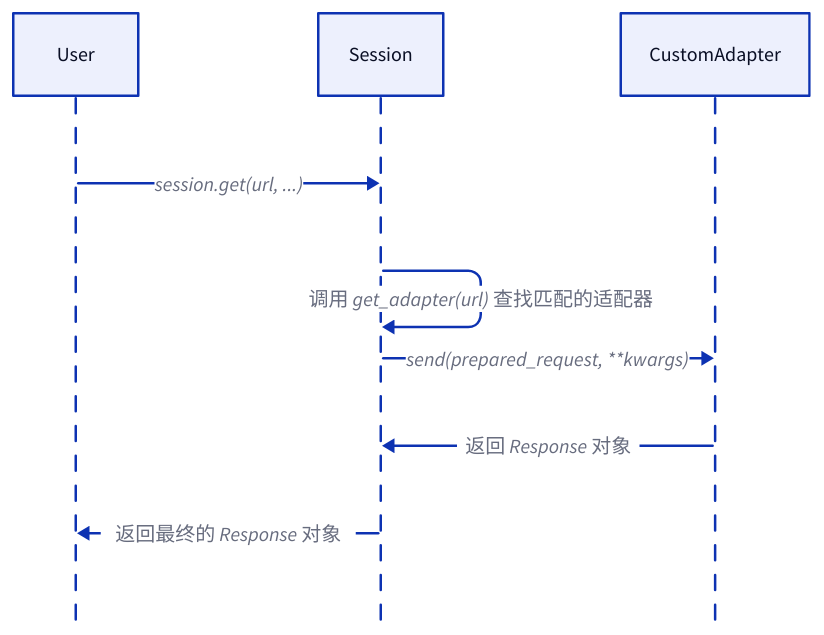
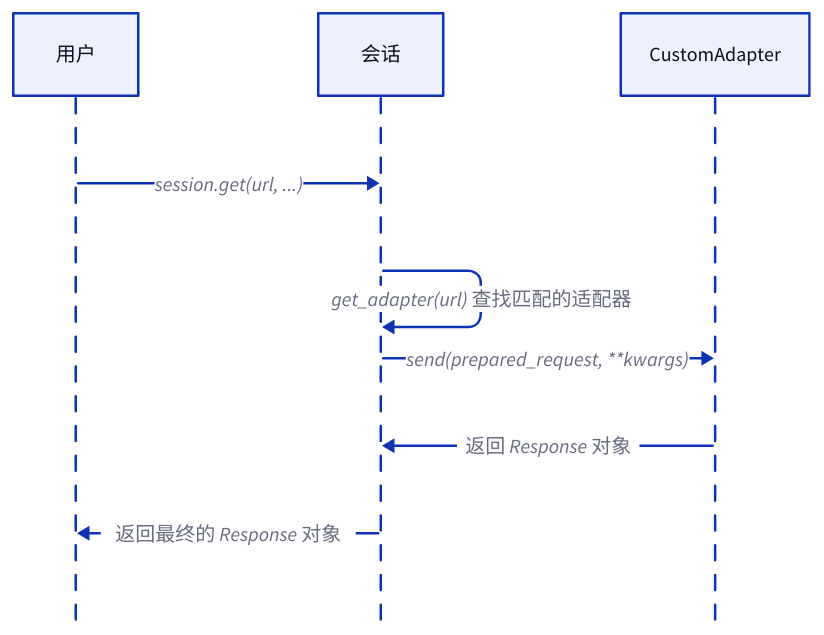
One commit to lban2049/requests changed the first of 2 diagrams in .aigne/doc-smith/docs/advanced-usage-adapters-and-hooks.zh.md. Above: the diagram before and after it, drawn with D2. The commit also changed other lines of this file and 31 other files, not shown here.

````diff
--- a/.aigne/doc-smith/docs/advanced-usage-adapters-and-hooks.zh.md
+++ b/.aigne/doc-smith/docs/advanced-usage-adapters-and-hooks.zh.md
@@ -84,13 +84,13 @@
 ```d2
 shape: sequence_diagram
 
-User
-Session
-Adapter: CustomAdapter
+用户
+会话
+适配器: CustomAdapter
 
-User -> Session: "session.get(url, ...)"
-Session -> Session: "调用 get_adapter(url) 查找匹配的适配器"
-Session -> Adapter: "send(prepared_request, **kwargs)"
-Adapter -> Session: "返回 Response 对象"
-Session -> User: "返回最终的 Response 对象"
+用户 -> 会话: "session.get(url, ...)"
+会话 -> 会话: "get_adapter(url) 查找匹配的适配器"
+会话 -> 适配器: "send(prepared_request, **kwargs)"
+适配器 -> 会话: "返回 Response 对象"
+会话 -> 用户: "返回最终的 Response 对象"
 ```
````
